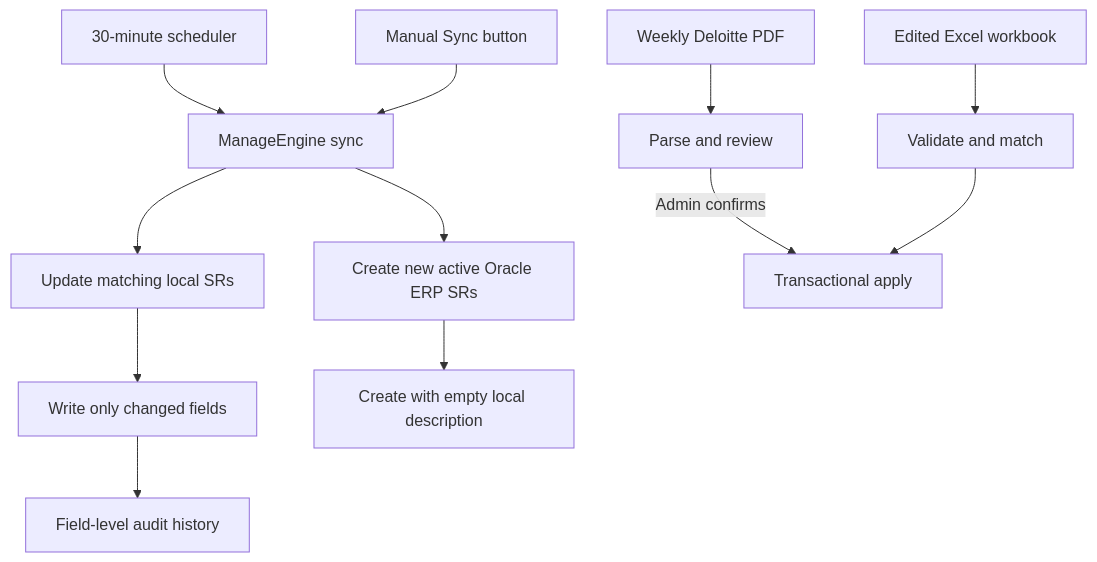
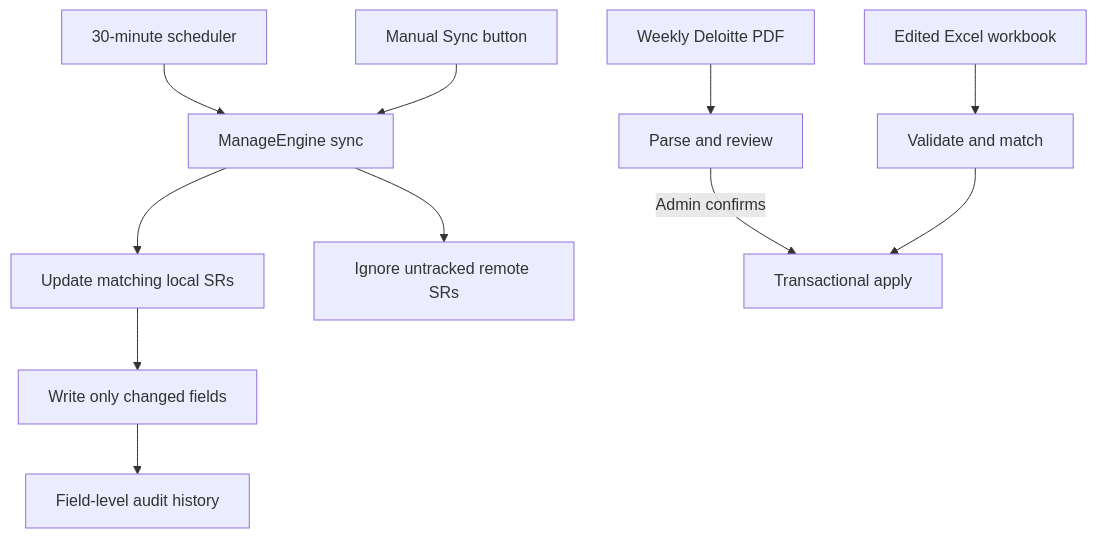
The second of 2 diagrams in README.md (jarjishSiddibapa/rdc-erp-meeting-tracker), drawn with Mermaid before and after one commit. The commit also changed other lines of this file and 23 other files, not shown here.

````diff
--- a/README.md
+++ b/README.md
@@ -112,14 +112,13 @@
 ```mermaid
 flowchart TD
   Scheduler[30-minute scheduler] --> Sync[ManageEngine sync]
   Manual[Manual Sync button] --> Sync
   Sync --> Existing[Update matching local SRs]
-  Sync --> New[Create new active Oracle ERP SRs]
+  Sync --> Ignore[Ignore untracked remote SRs]
   Existing --> Diff[Write only changed fields]
-  New --> Empty[Create with empty local description]
   Diff --> History[Field-level audit history]
   PDF[Weekly Deloitte PDF] --> Preview[Parse and review]
   Preview -->|Admin confirms| Apply[Transactional apply]
   Excel[Edited Excel workbook] --> Validate[Validate and match]
   Validate --> Apply
 ```
````
